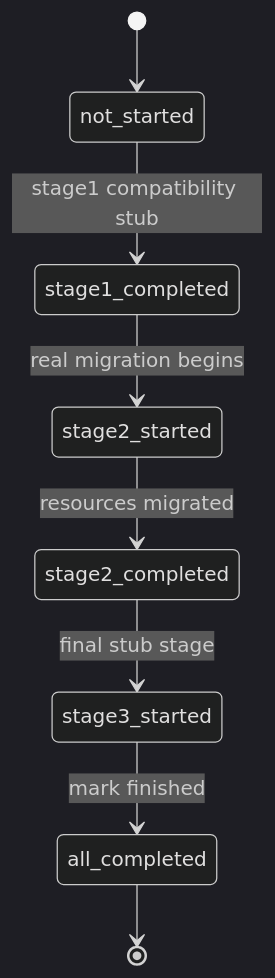
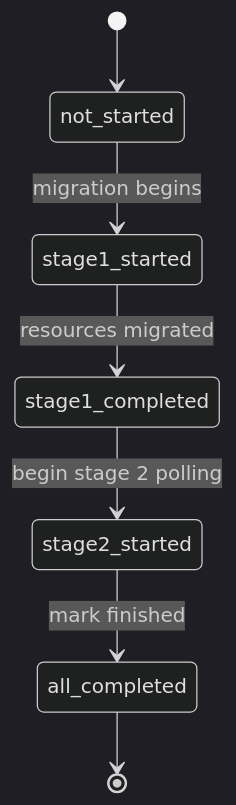
Before and after one commit to deckhouse/sds-replicated-volume: the first of 2 diagrams in images/linstor-migrator/README.md, drawn with Mermaid (dark theme). The commit also changed other lines of this file and 62 other files, not shown here.

First line of the commit message:
[linstor-migrator] Implement stage 2 and migration safety tooling

````diff
--- a/images/linstor-migrator/README.md
+++ b/images/linstor-migrator/README.md
@@ -40,10 +28,9 @@
 ```mermaid
 stateDiagram-v2
     [*] --> not_started
-    not_started --> stage1_completed : stage1 compatibility stub
-    stage1_completed --> stage2_started : real migration begins
-    stage2_started --> stage2_completed : resources migrated
-    stage2_completed --> stage3_started : final stub stage
-    stage3_started --> all_completed : mark finished
+    not_started --> stage1_started : migration begins
+    stage1_started --> stage1_completed : resources migrated
+    stage1_completed --> stage2_started : begin stage 2 polling
+    stage2_started --> all_completed : mark finished
     all_completed --> [*]
 ```
````
